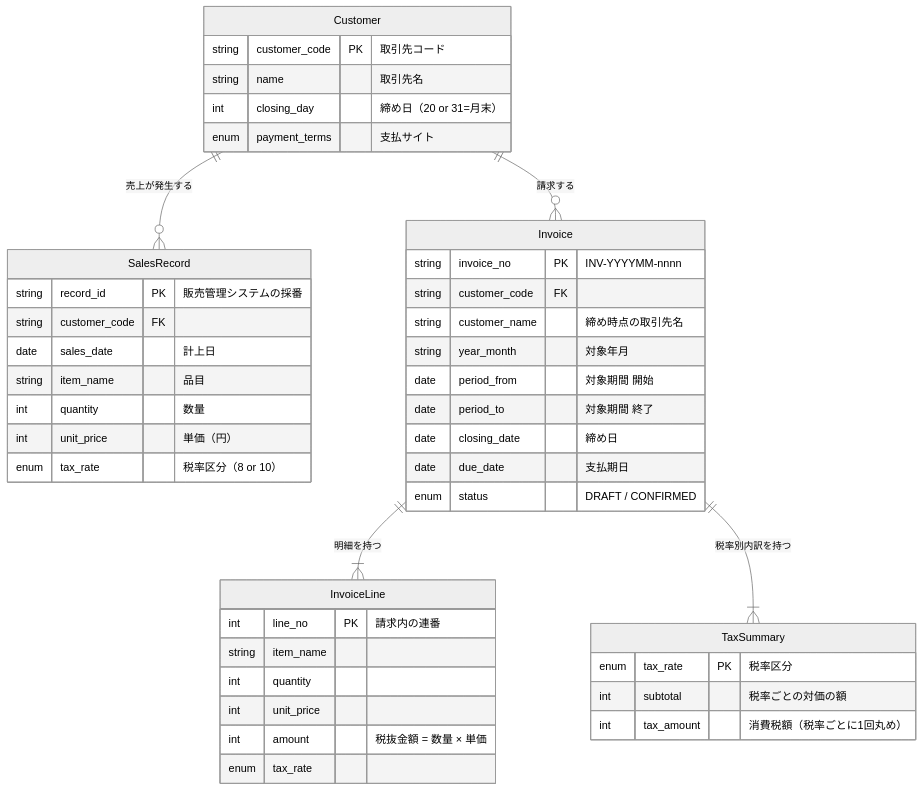
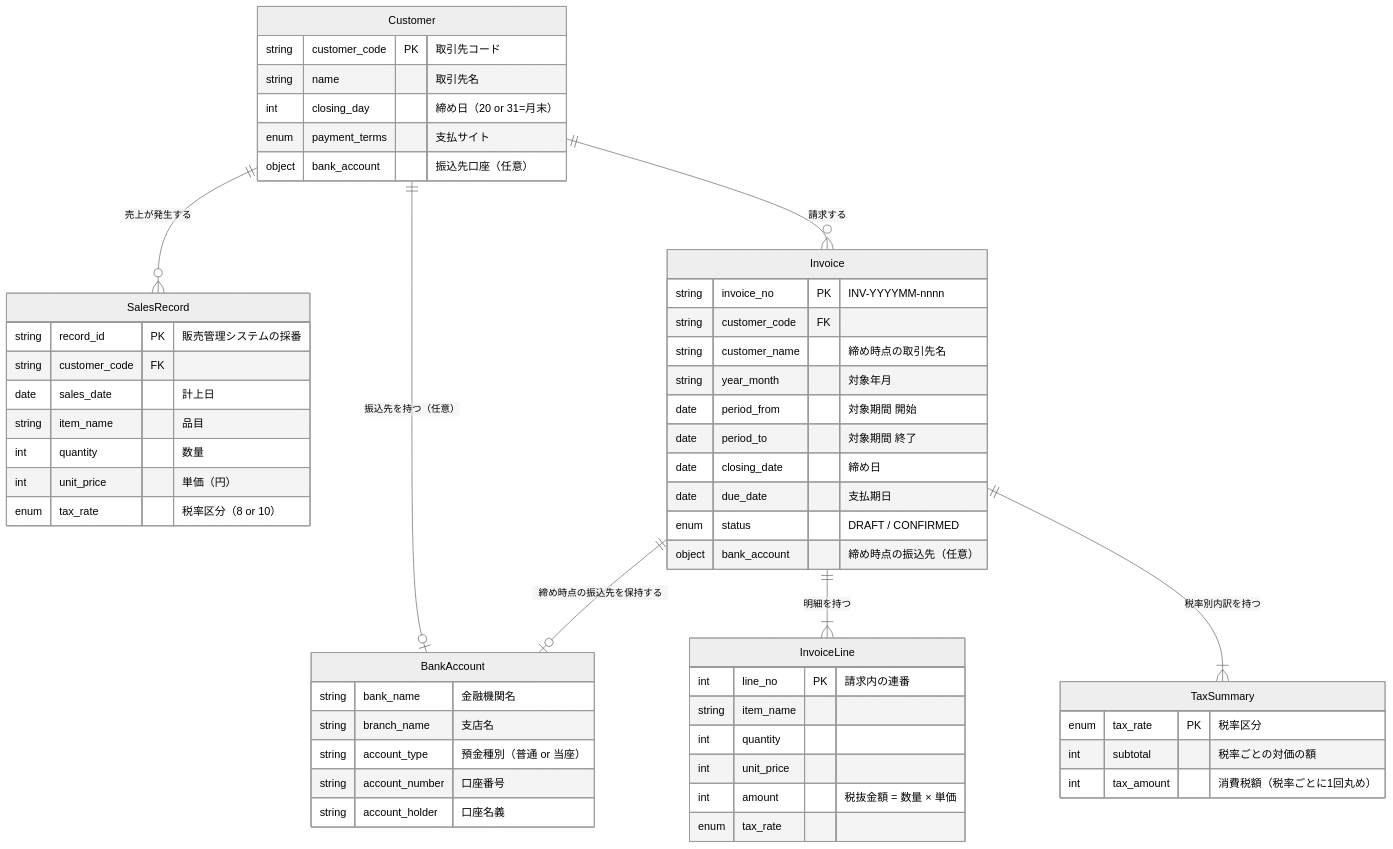
The diagram in examples/monthly-billing/docs/deliverables/data/01-er-diagram.md (SeckeyJP/j-six), drawn with Mermaid (neutral theme) before and after one commit. The commit also changed other lines of this file and 25 other files, not shown here.

````diff
--- a/examples/monthly-billing/docs/deliverables/data/01-er-diagram.md
+++ b/examples/monthly-billing/docs/deliverables/data/01-er-diagram.md
@@ -7,47 +7,58 @@
 ```mermaid
 erDiagram
     Customer ||--o{ SalesRecord : "売上が発生する"
     Customer ||--o{ Invoice : "請求する"
+    Customer ||--o| BankAccount : "振込先を持つ（任意）"
+    Invoice  ||--o| BankAccount : "締め時点の振込先を保持する"
     Invoice  ||--|{ InvoiceLine : "明細を持つ"
     Invoice  ||--|{ TaxSummary : "税率別内訳を持つ"
 
     Customer {
         string customer_code PK "取引先コード"
         string name "取引先名"
         int closing_day "締め日（20 or 31=月末）"
         enum payment_terms "支払サイト"
+        object bank_account "振込先口座（任意）"
+    }
+    BankAccount {
+        string bank_name "金融機関名"
+        string branch_name "支店名"
+        string account_type "預金種別（普通 or 当座）"
+        string account_number "口座番号"
+        string account_holder "口座名義"
     }
     SalesRecord {
         string record_id PK "販売管理システムの採番"
         string customer_code FK
         date sales_date "計上日"
         string item_name "品目"
         int quantity "数量"
         int unit_price "単価（円）"
         enum tax_rate "税率区分（8 or 10）"
     }
     Invoice {
         string invoice_no PK "INV-YYYYMM-nnnn"
         string customer_code FK
         string customer_name "締め時点の取引先名"
         string year_month "対象年月"
         date period_from "対象期間 開始"
         date period_to "対象期間 終了"
         date closing_date "締め日"
         date due_date "支払期日"
         enum status "DRAFT / CONFIRMED"
+        object bank_account "締め時点の振込先（任意）"
     }
     InvoiceLine {
         int line_no PK "請求内の連番"
         string item_name
         int quantity
         int unit_price
         int amount "税抜金額 = 数量 × 単価"
         enum tax_rate
     }
     TaxSummary {
         enum tax_rate PK "税率区分"
         int subtotal "税率ごとの対価の額"
         int tax_amount "消費税額（税率ごとに1回丸め）"
     }
 ```
````
